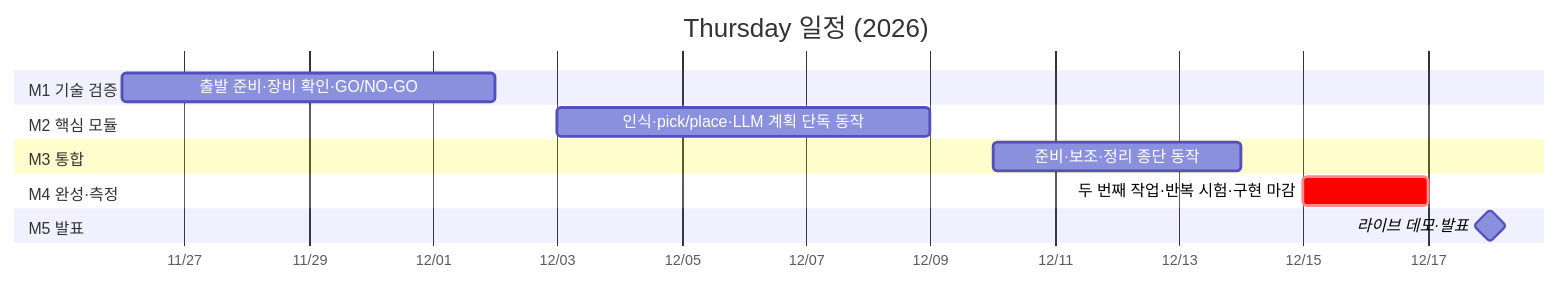
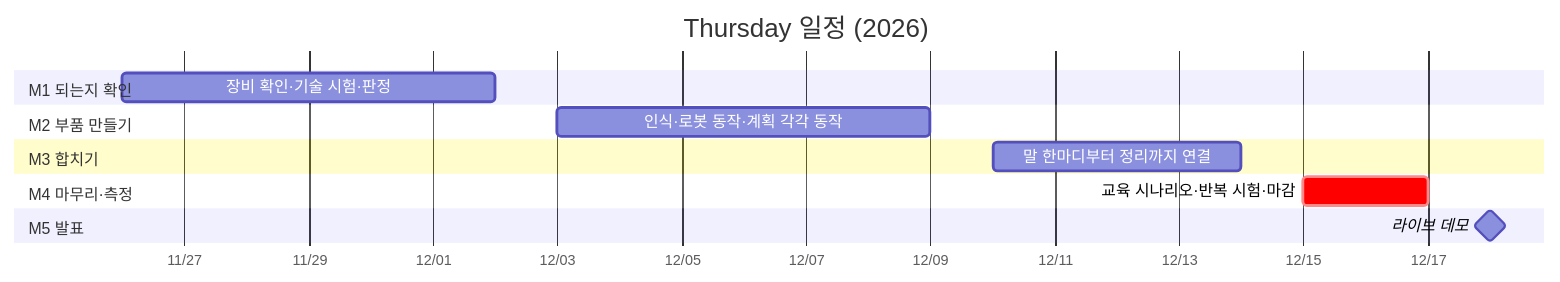
Before and after one commit to Gansoolgo/Thursday: the first of 2 diagrams in docs/workflow.md, drawn with Mermaid. The commit also changed other lines of this file and 15 other files, not shown here.

````diff
--- a/docs/workflow.md
+++ b/docs/workflow.md
@@ -12,16 +22,16 @@
 ```mermaid
 gantt
     title Thursday 일정 (2026)
     dateFormat YYYY-MM-DD
     axisFormat %m/%d
-    section M1 기술 검증
-    출발 준비·장비 확인·GO/NO-GO   :m1, 2026-11-26, 2026-12-02
-    section M2 핵심 모듈
-    인식·pick/place·LLM 계획 단독 동작 :m2, 2026-12-03, 2026-12-09
-    section M3 통합
-    준비·보조·정리 종단 동작        :m3, 2026-12-10, 2026-12-14
-    section M4 완성·측정
-    두 번째 작업·반복 시험·구현 마감 :crit, m4, 2026-12-15, 2026-12-17
+    section M1 되는지 확인
+    장비 확인·기술 시험·판정   :m1, 2026-11-26, 2026-12-02
+    section M2 부품 만들기
+    인식·로봇 동작·계획 각각 동작 :m2, 2026-12-03, 2026-12-09
+    section M3 합치기
+    말 한마디부터 정리까지 연결  :m3, 2026-12-10, 2026-12-14
+    section M4 마무리·측정
+    교육 시나리오·반복 시험·마감 :crit, m4, 2026-12-15, 2026-12-17
     section M5 발표
-    라이브 데모·발표               :milestone, m5, 2026-12-18, 0d
+    라이브 데모               :milestone, m5, 2026-12-18, 0d
 ```
````
